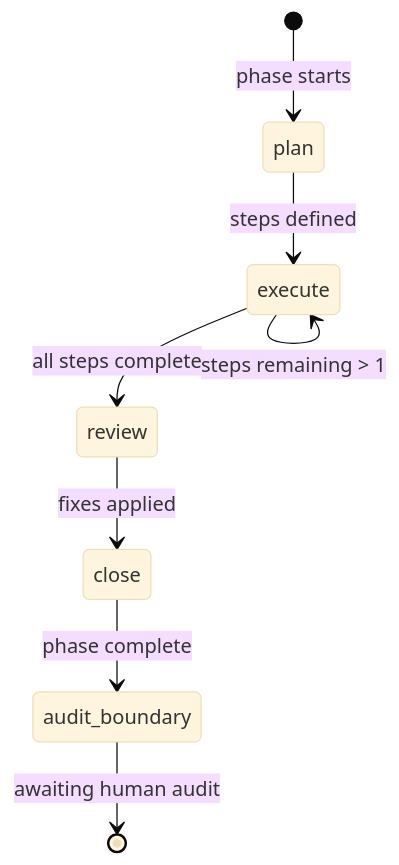
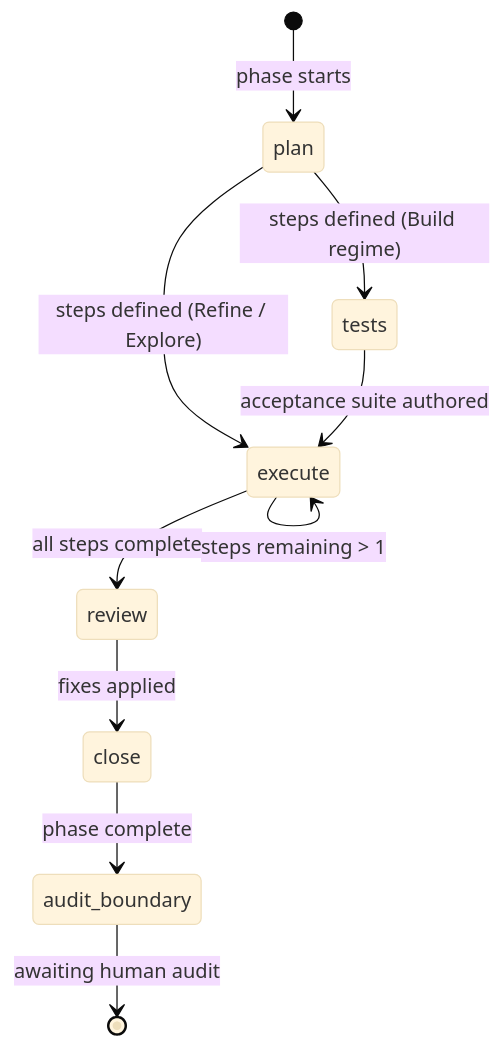
The fourth of 5 diagrams in WORKFLOW.md (LesTP/i2c), drawn with Mermaid (base theme) before and after one commit. The commit also changed other lines of this file and 53 other files, not shown here.

````diff
--- a/WORKFLOW.md
+++ b/WORKFLOW.md
@@ -132,10 +132,12 @@
 ```mermaid
 stateDiagram-v2
     [*] --> plan: phase starts
-    plan --> execute: steps defined
+    plan --> tests: steps defined (Build regime)
+    plan --> execute: steps defined (Refine / Explore)
+    tests --> execute: acceptance suite authored
     execute --> execute: steps remaining > 1
     execute --> review: all steps complete
     review --> close: fixes applied
     close --> audit_boundary: phase complete
     audit_boundary --> [*]: awaiting human audit
 ```
````
